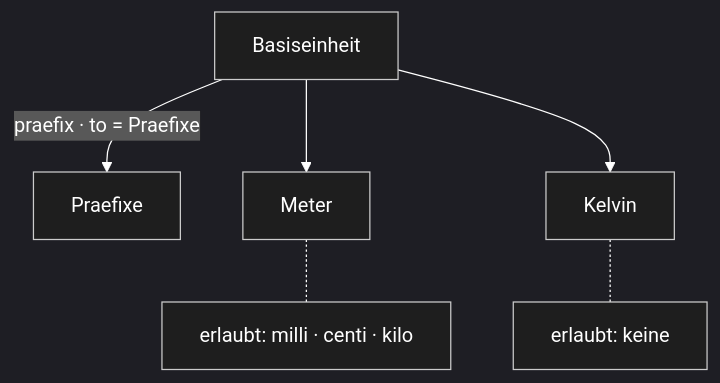
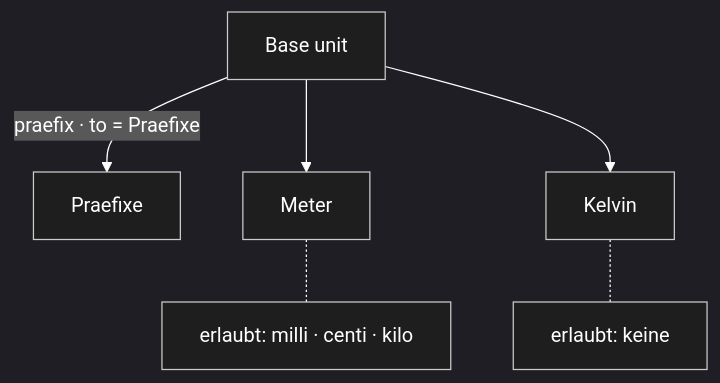
Before and after one commit to sfambach/wp-taxonomy-modeler: diagram 18 of 50 in docs/NewConcept/10-domain-core.md, drawn with Mermaid. The commit also changed other lines of this file and 7 other files, not shown here.

````diff
--- a/docs/NewConcept/10-domain-core.md
+++ b/docs/NewConcept/10-domain-core.md
@@ -1444,19 +1444,19 @@
 ```mermaid
 ---
 config:
   theme: dark
   themeVariables:
     mainBkg: "#1e1e1e"
     background: "#1e1e1e"
     primaryColor: "#1e1e1e"
     classText: "#ffffff"
     textColor: "#ffffff"
     lineColor: "#ffffff"
 ---
 flowchart TD
-    BE[Basiseinheit] -->|praefix · to = Praefixe| PR[Praefixe]
+    BE[Base unit] -->|praefix · to = Praefixe| PR[Praefixe]
     BE --> M[Meter]
     BE --> K[Kelvin]
     M -.- MN["erlaubt: milli · centi · kilo"]
     K -.- KN["erlaubt: keine"]
 ```
````
